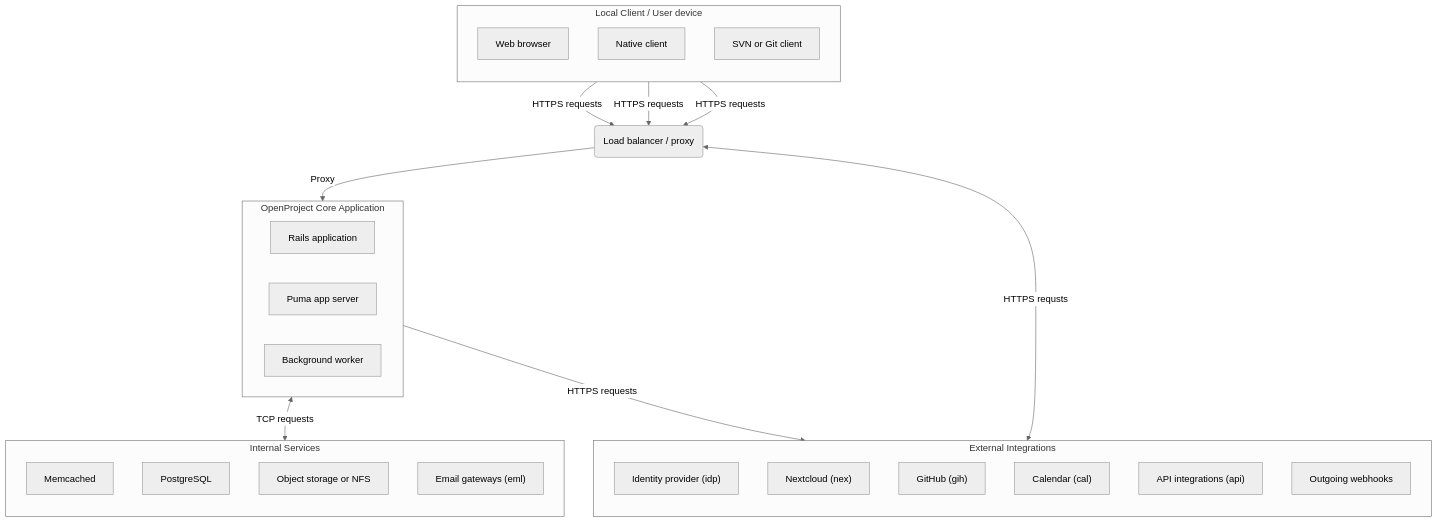
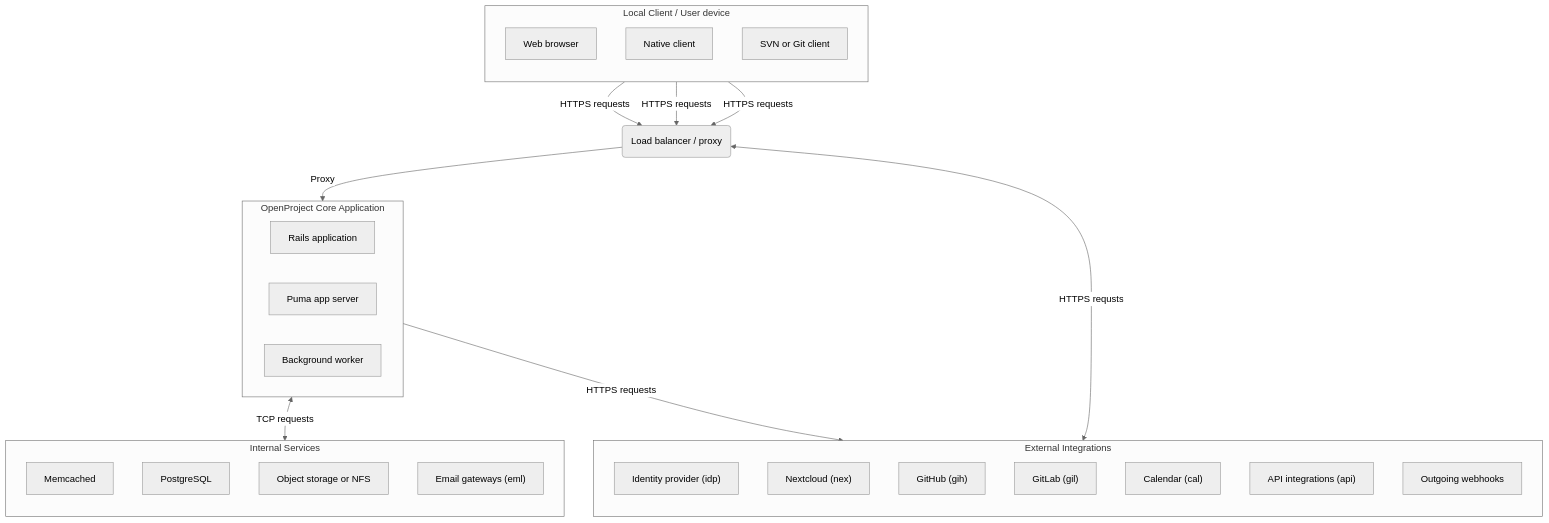
Before and after one commit to opf/openproject: the diagram in docs/development/application-architecture/README.md, drawn with Mermaid. The commit also changed other lines of this file, not shown here.

Commit message:
Adding GitLab to application architecture documentation

````diff
--- a/docs/development/application-architecture/README.md
+++ b/docs/development/application-architecture/README.md
@@ -10,47 +10,48 @@
 ```mermaid
 %%{init: {'theme':'neutral'}}%%
 
 flowchart TD
   browser[Web browser] -->|"HTTPS requests"| loadbalancer(Load balancer / proxy)
   A1[Native client] -->|"HTTPS requests"| loadbalancer
   A2[SVN or Git client] -->|"HTTPS requests"| loadbalancer
   loadbalancer -->|Proxy| openproject
   
   subgraph openproject[OpenProject Core Application]
     openprojectrailsapp[Rails application]
     C[Puma app server]
     D[Background worker]
   end
 
 
   subgraph integrations[External Integrations]
   direction TB
     idp["Identity provider (idp)"]
     nex["Nextcloud (nex)"]
     gih["GitHub (gih)"]
+    gil["GitLab (gil)"]
     cal["Calendar (cal)"]
   	O["API integrations (api)"]
     W["Outgoing webhooks"]
 end
 
   subgraph services[Internal Services]
   direction TB
   	M[Memcached]
 	  P[PostgreSQL]
 	  S[Object storage or NFS]
 	  email["Email gateways (eml)"]
   end
 
 
   openproject <-->|"TCP requests"| services
   openproject -->|"HTTPS requests"| integrations
   loadbalancer <-->|"HTTPS requsts"| integrations
   
   subgraph localclients[Local Client / User device]
   direction TB
 	browser
 	A1
 	A2	
 	
 end
 ```
````
